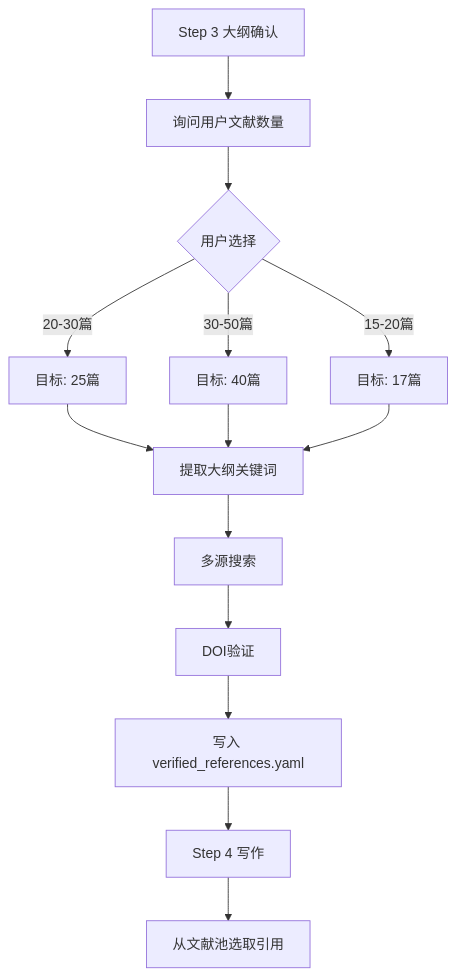
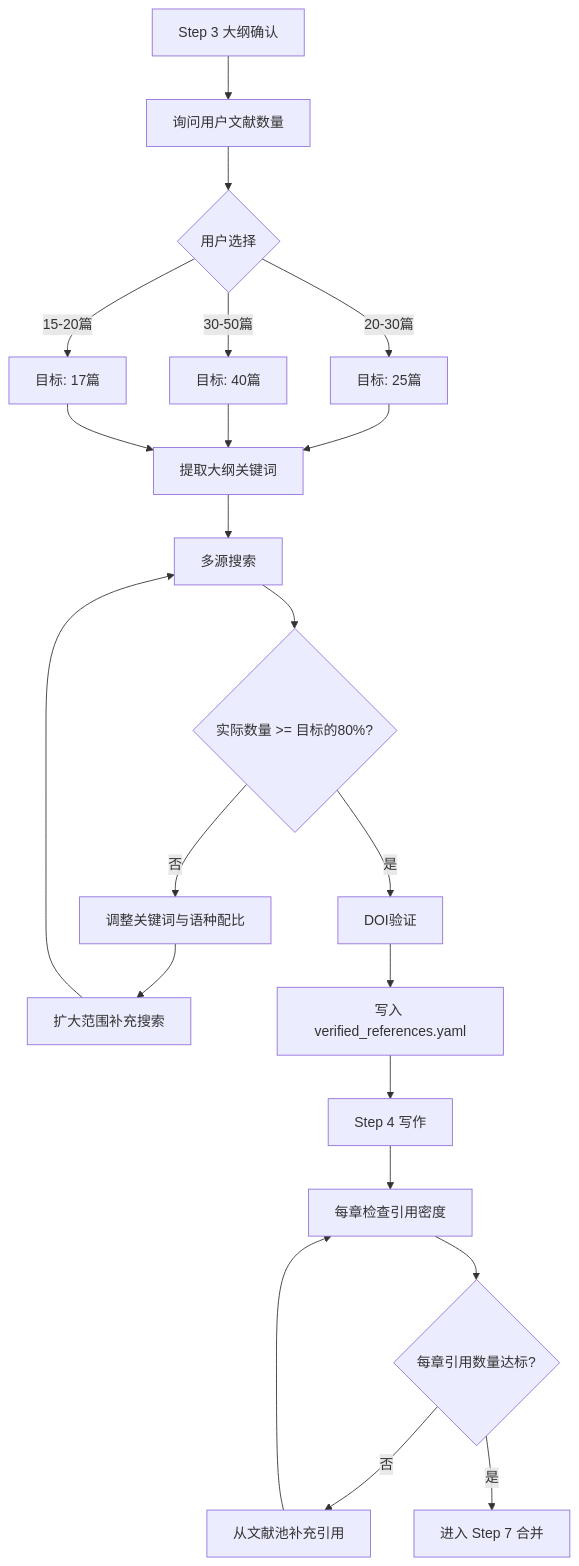
The diagram in workflows/reference_workflow.md (Stars-OC/thesis-creator), drawn with Mermaid before and after one commit. The commit also changed other lines of this file and 22 other files, not shown here.

````diff
--- a/workflows/reference_workflow.md
+++ b/workflows/reference_workflow.md
@@ -17,16 +17,24 @@
 ```mermaid
 flowchart TD
     A[Step 3 大纲确认] --> B[询问用户文献数量]
     B --> C{用户选择}
     C -->|20-30篇| D[目标: 25篇]
     C -->|30-50篇| E[目标: 40篇]
     C -->|15-20篇| F[目标: 17篇]
     D --> G[提取大纲关键词]
     E --> G
     F --> G
     G --> H[多源搜索]
-    H --> I[DOI验证]
-    I --> J[写入 verified_references.yaml]
-    J --> K[Step 4 写作]
-    K --> L[从文献池选取引用]
+    H --> I{实际数量 >= 目标的80%?}
+    I -->|否| J[调整关键词与语种配比]
+    J --> K[扩大范围补充搜索]
+    K --> H
+    I -->|是| L[DOI验证]
+    L --> M[写入 verified_references.yaml]
+    M --> N[Step 4 写作]
+    N --> O[每章检查引用密度]
+    O --> P{每章引用数量达标?}
+    P -->|否| Q[从文献池补充引用]
+    Q --> O
+    P -->|是| R[进入 Step 7 合并]
 ```
````
